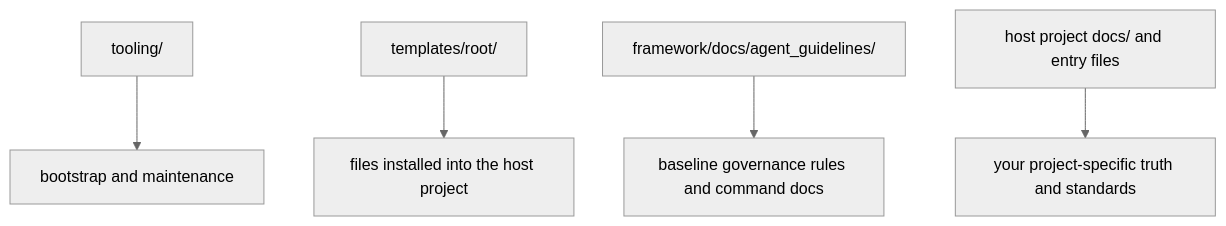
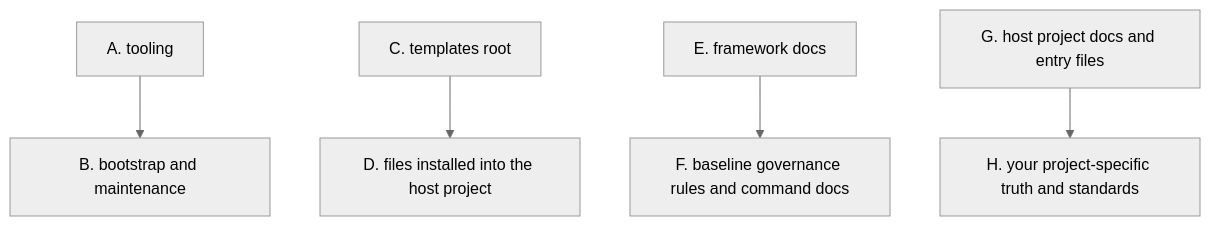
The seventh of 7 diagrams in README.md (mfblog/specflow), drawn with Mermaid (neutral theme) before and after one commit. The commit also changed other lines of this file and 1 other file, not shown here.

````diff
--- a/README.md
+++ b/README.md
@@ -648,7 +517,7 @@
 ```mermaid
 flowchart TD
-    A["tooling/"] --> B["bootstrap and maintenance"]
-    C["templates/root/"] --> D["files installed into the host project"]
-    E["framework/docs/agent_guidelines/"] --> F["baseline governance rules and command docs"]
-    G["host project docs/ and entry files"] --> H["your project-specific truth and standards"]
+    A["A. tooling"] --> B["B. bootstrap and maintenance"]
+    C["C. templates root"] --> D["D. files installed into the host project"]
+    E["E. framework docs"] --> F["F. baseline governance rules and command docs"]
+    G["G. host project docs and entry files"] --> H["H. your project-specific truth and standards"]
 ```
````
